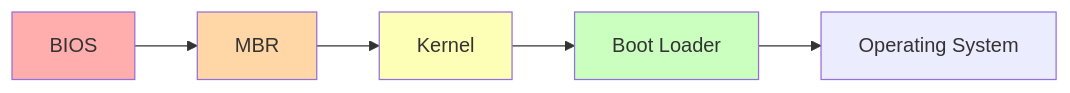
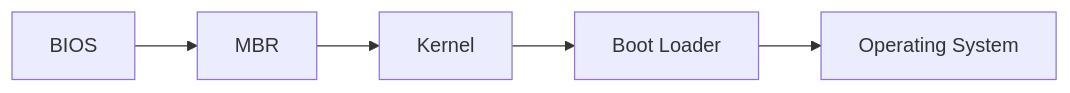
One commit to HorningGit/Rayquaza_Resources changed the first of 3 diagrams in tools/admin/linux/bootprocess.md. Above: the diagram before and after it, drawn with Mermaid. The commit also changed other lines of this file, not shown here.

````diff
--- a/tools/admin/linux/bootprocess.md
+++ b/tools/admin/linux/bootprocess.md
@@ -18,8 +20,4 @@
 ```mermaid
 flowchart LR;
     A[BIOS]-->B[MBR]-->C[Kernel]-->D[Boot Loader]-->E[Operating System]
-    style A fill:#FFADAD
-    style B fill:#FFD6A5
-    style C fill:#FDFFB6
-    style D fill:#CAFFBF
 ```
````
